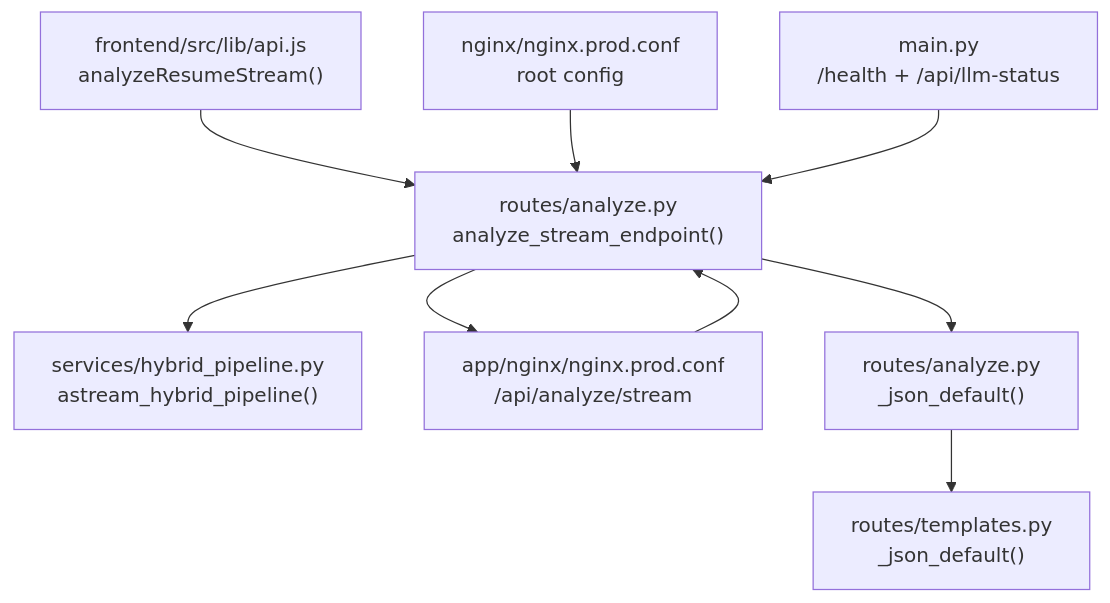
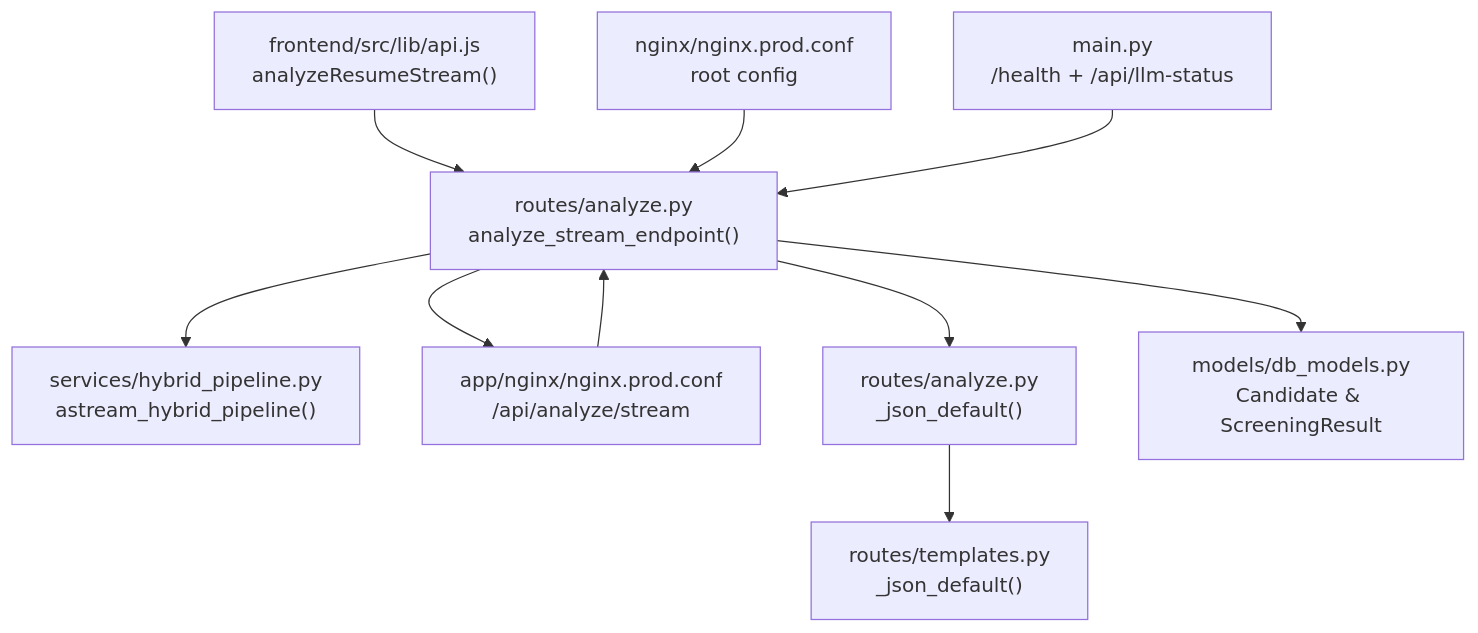
Before and after one commit to Revanththetalogics/aireume: the third of 3 diagrams in .qoder/repowiki/en/content/API Reference/Analysis Endpoints/Streaming Analysis.md, drawn with Mermaid. The commit also changed other lines of this file and 6 other files, not shown here.

````diff
--- a/.qoder/repowiki/en/content/API Reference/Analysis Endpoints/Streaming Analysis.md
+++ b/.qoder/repowiki/en/content/API Reference/Analysis Endpoints/Streaming Analysis.md
@@ -393,19 +436,21 @@
 ```mermaid
 graph TB
 Routes["routes/analyze.py<br/>analyze_stream_endpoint()"]
 Pipeline["services/hybrid_pipeline.py<br/>astream_hybrid_pipeline()"]
 Frontend["frontend/src/lib/api.js<br/>analyzeResumeStream()"]
 NginxApp["app/nginx/nginx.prod.conf<br/>/api/analyze/stream"]
 NginxRoot["nginx/nginx.prod.conf<br/>root config"]
 Health["main.py<br/>/health + /api/llm-status"]
 Serializer["routes/analyze.py<br/>_json_default()"]
 TemplateSerializer["routes/templates.py<br/>_json_default()"]
+DBModels["models/db_models.py<br/>Candidate & ScreeningResult"]
 Frontend --> Routes
 Routes --> Pipeline
 Routes --> NginxApp
 NginxApp --> Routes
 NginxRoot --> Routes
 Health --> Routes
 Routes --> Serializer
 Serializer --> TemplateSerializer
+Routes --> DBModels
 ```
````
